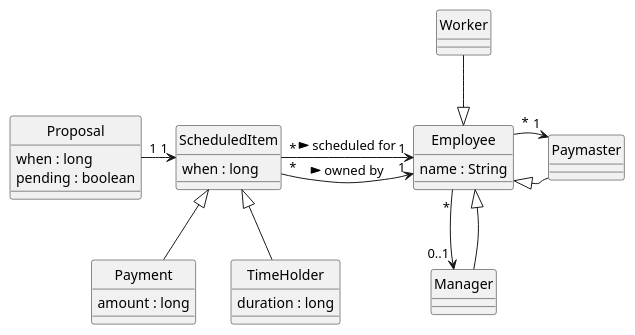
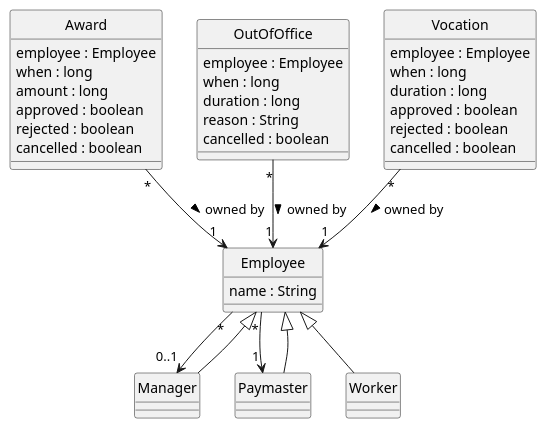
Before and after one commit to JohnKhandygo/employee-managment: the diagram in diagrams/classes/domain.puml, drawn with PlantUML. The commit also changed 29 other files, not shown here.

Commit message:
update diagrams.

```diff
--- a/diagrams/classes/domain.puml
+++ b/diagrams/classes/domain.puml
@@ -1,50 +1,56 @@
 @startuml
 'left to right direction
+hide class circle
 
 class Employee {
   name : String
 }
-
 
 class Manager {
 }
 
 class Paymaster {
 }
 
 class Worker {
 }
 
-class Proposal {
+class Award {
+  employee : Employee
   when : long
-  pending : boolean
+  amount : long
+  approved : boolean
+  rejected : boolean
+  cancelled : boolean
 }
 
-class ScheduledItem {
+class OutOfOffice {
+  employee : Employee
   when : long
+  duration : long
+  reason : String
+  cancelled : boolean
 }
 
-class Payment {
-  amount : long
+class Vocation {
+  employee : Employee
+  when : long
+  duration : long
+  approved : boolean
+  rejected : boolean
+  cancelled : boolean
 }
 
-class TimeHolder {
-  duration : long  
-}
 
-hide class circle
+Award "*" -down-> "1" Employee : "owned by >"
+OutOfOffice "*" -down-> "1" Employee : "owned by >"
+Vocation "*" -down-> "1" Employee : "owned by >"
 
-Payment -up-|> ScheduledItem
-TimeHolder -up-|> ScheduledItem
-Worker -down-|> Employee
-Paymaster -left-|> Employee
+Worker -up-|> Employee
+Manager -down-|> Employee
+Paymaster -down-|> Employee
 
-Proposal "1" -right-> "1" ScheduledItem
 Employee "*" --> "0..1" Manager
 Employee "*" --> "1" Paymaster
-ScheduledItem "*" -right-> "1" Employee : "owned by >"
-ScheduledItem "*" -right-> "1" Employee : "scheduled for >"
-
-Manager -up-|> Employee
 
 @enduml
```
